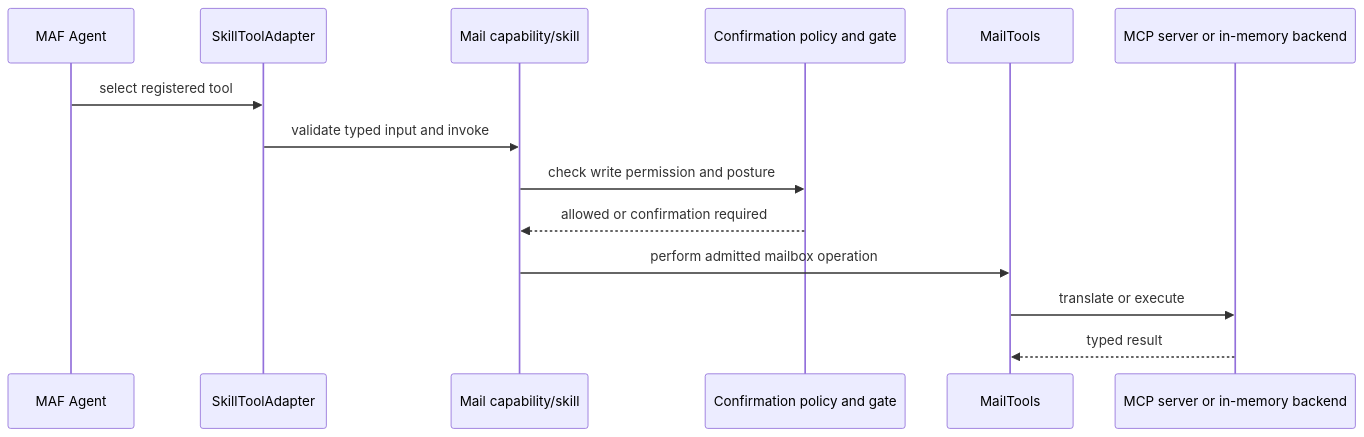
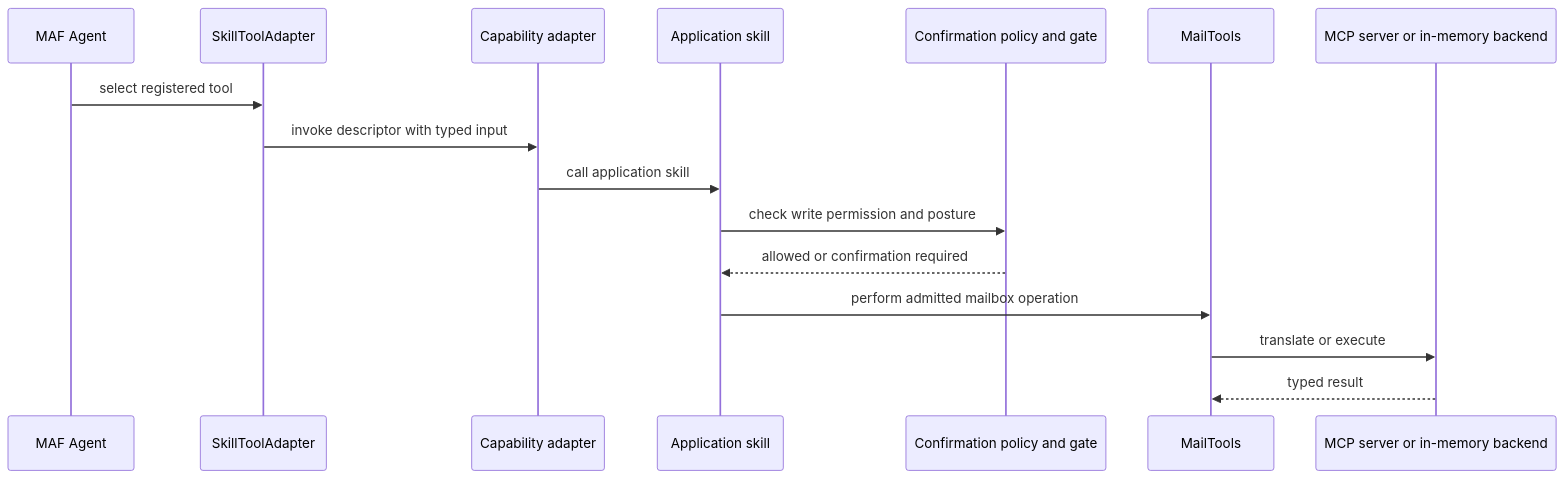
The fourth of 4 diagrams in doc/contributors/mail-agent.md (ygo74/ai_agents), drawn with Mermaid before and after one commit. The commit also changed other lines of this file and 218 other files, not shown here.

````diff
--- a/doc/contributors/mail-agent.md
+++ b/doc/contributors/mail-agent.md
@@ -39,16 +160,18 @@
 ```mermaid
 sequenceDiagram
     participant Agent as MAF Agent
     participant Tool as SkillToolAdapter
-    participant Skill as Mail capability/skill
+    participant Capability as Capability adapter
+    participant Skill as Application skill
     participant Gate as Confirmation policy and gate
     participant Port as MailTools
     participant Server as MCP server or in-memory backend
     Agent->>Tool: select registered tool
-    Tool->>Skill: validate typed input and invoke
+    Tool->>Capability: invoke descriptor with typed input
+    Capability->>Skill: call application skill
     Skill->>Gate: check write permission and posture
     Gate-->>Skill: allowed or confirmation required
     Skill->>Port: perform admitted mailbox operation
     Port->>Server: translate or execute
     Server-->>Port: typed result
 ```
````
